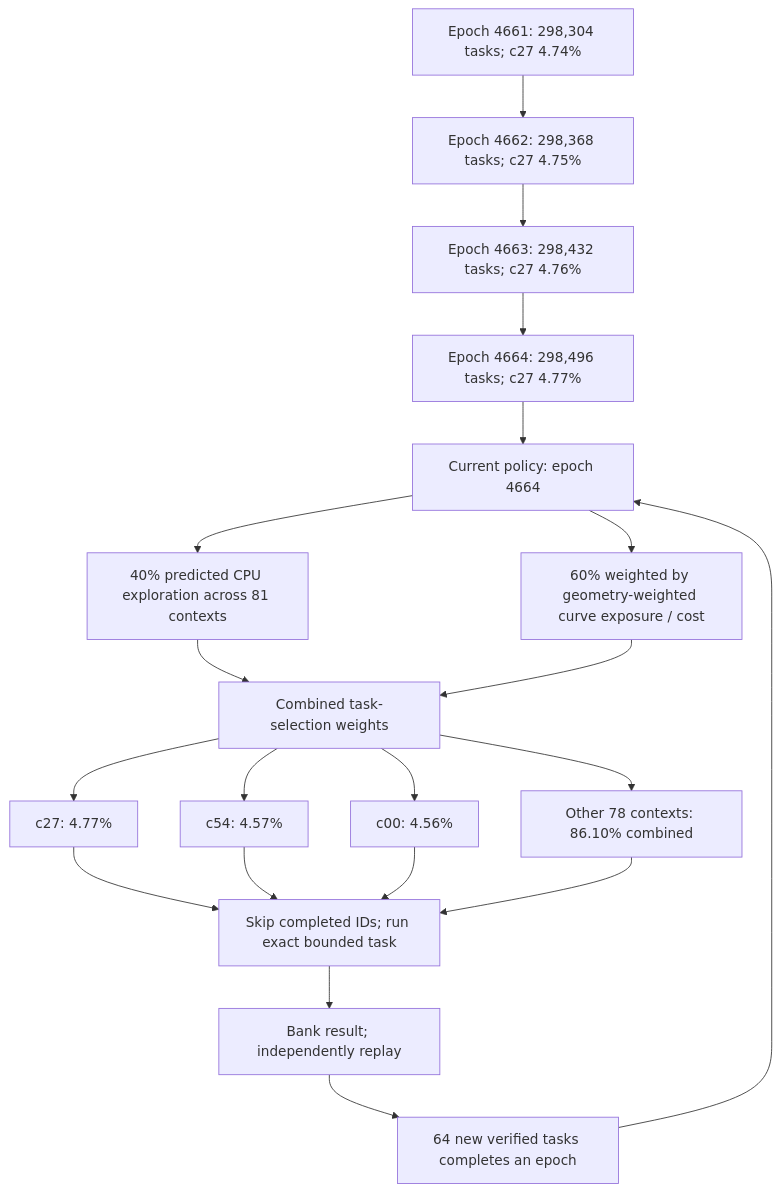
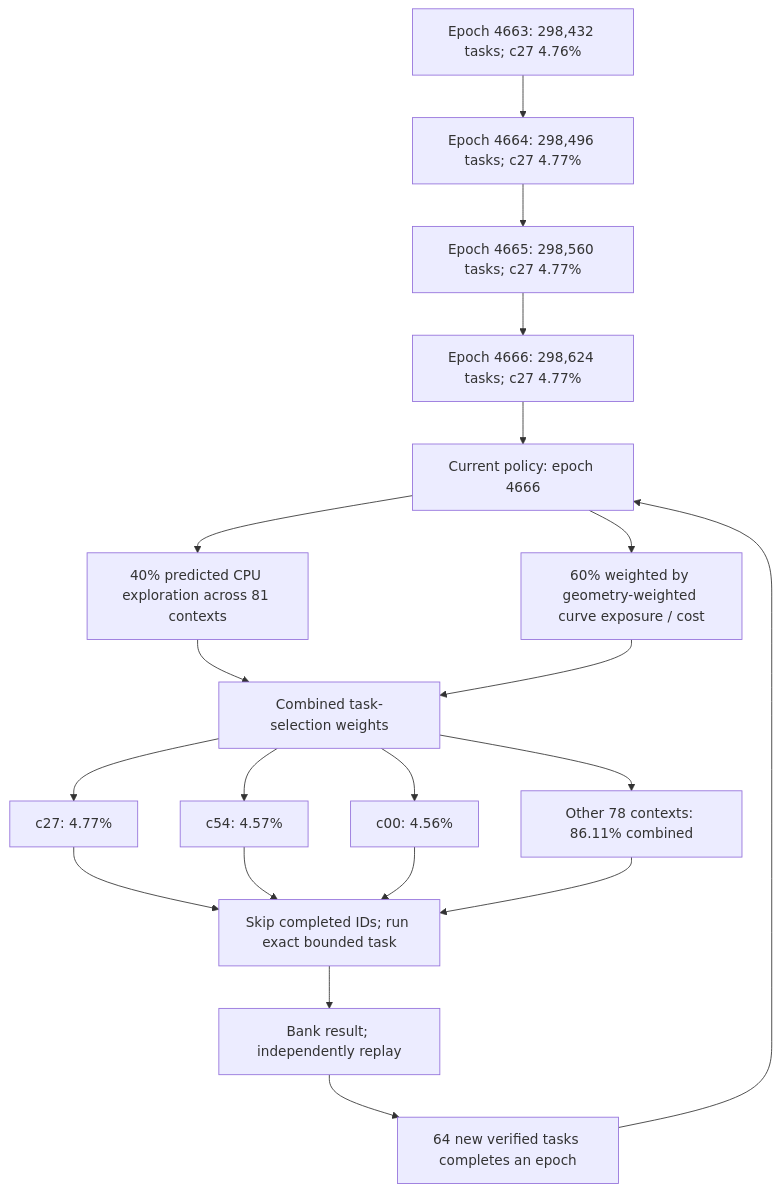
One commit to Kuberwastaken/math-gambling changed the first of 3 diagrams in README.md. Above: the diagram before and after it, drawn with Mermaid. The commit also changed other lines of this file and 2494 other files, not shown here.

````diff
--- a/README.md
+++ b/README.md
@@ -60,27 +60,27 @@
 ```mermaid
 flowchart TD
-    H0["Epoch 4661: 298,304 tasks; c27 4.74%"]
-    H1["Epoch 4662: 298,368 tasks; c27 4.75%"]
+    H0["Epoch 4663: 298,432 tasks; c27 4.76%"]
+    H1["Epoch 4664: 298,496 tasks; c27 4.77%"]
     H0 --> H1
-    H2["Epoch 4663: 298,432 tasks; c27 4.76%"]
+    H2["Epoch 4665: 298,560 tasks; c27 4.77%"]
     H1 --> H2
-    H3["Epoch 4664: 298,496 tasks; c27 4.77%"]
+    H3["Epoch 4666: 298,624 tasks; c27 4.77%"]
     H2 --> H3
-    Policy["Current policy: epoch 4664"]
+    Policy["Current policy: epoch 4666"]
     H3 --> Policy
     Policy --> Explore["40% predicted CPU exploration across 81 contexts"]
     Policy --> Cost["60% weighted by geometry-weighted curve exposure / cost"]
     Explore --> Mix["Combined task-selection weights"]
     Cost --> Mix
     Mix --> C0["c27: 4.77%"]
     Mix --> C1["c54: 4.57%"]
     Mix --> C2["c00: 4.56%"]
-    Mix --> Rest["Other 78 contexts: 86.10% combined"]
+    Mix --> Rest["Other 78 contexts: 86.11% combined"]
     C0 --> Check["Skip completed IDs; run exact bounded task"]
     C1 --> Check
     C2 --> Check
     Rest --> Check
     Check --> Replay["Bank result; independently replay"]
     Replay --> Gate["64 new verified tasks completes an epoch"]
     Gate --> Policy
 ```
````
